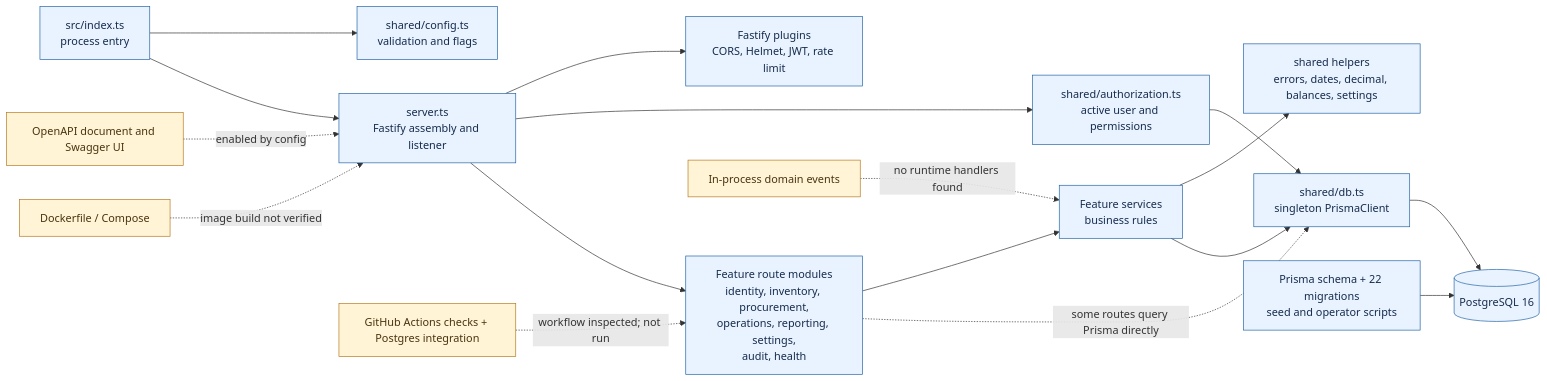
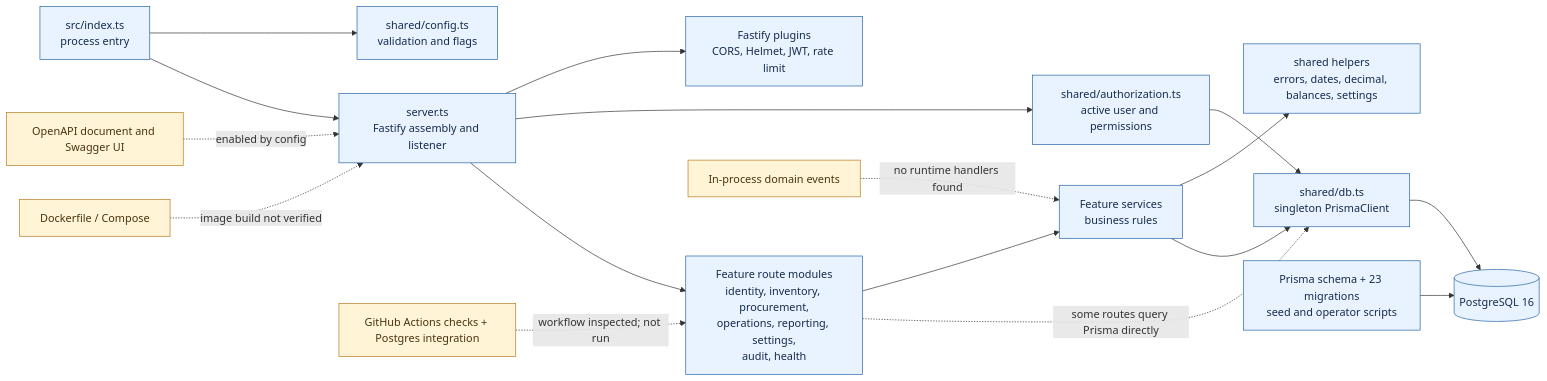
One commit to ntokozo-maselala/afrinov-inventory-operations changed the diagram in docs/backend/architecture/diagrams/backend-components.mmd. Above: the diagram before and after it, drawn with Mermaid. The commit also changed 36 other files, not shown here.

```diff
--- a/docs/backend/architecture/diagrams/backend-components.mmd
+++ b/docs/backend/architecture/diagrams/backend-components.mmd
@@ -1,22 +1,22 @@
 flowchart LR
   IDX["src/index.ts<br/>process entry"] --> CFG["shared/config.ts<br/>validation and flags"]
   IDX --> SRV["server.ts<br/>Fastify assembly and listener"]
   SRV --> PLUG["Fastify plugins<br/>CORS, Helmet, JWT, rate limit"]
   SRV --> AUTH["shared/authorization.ts<br/>active user and permissions"]
   SRV --> RT["Feature route modules<br/>identity, inventory, procurement,<br/>operations, reporting, settings,<br/>audit, health"]
   RT --> SVC["Feature services<br/>business rules"]
   RT -. "some routes query Prisma directly" .-> DB["shared/db.ts<br/>singleton PrismaClient"]
   SVC --> SH["shared helpers<br/>errors, dates, decimal, balances, settings"]
   SVC --> DB
   AUTH --> DB
   DB --> PG[("PostgreSQL 16")]
-  MIG["Prisma schema + 22 migrations<br/>seed and operator scripts"] --> PG
+  MIG["Prisma schema + 23 migrations<br/>seed and operator scripts"] --> PG
   DOC["OpenAPI document and Swagger UI"] -. "enabled by config" .-> SRV
   EV["In-process domain events"] -. "no runtime handlers found" .-> SVC
   CI["GitHub Actions checks + Postgres integration"] -. "workflow inspected; not run" .-> RT
   DOCKER["Dockerfile / Compose"] -. "image build not verified" .-> SRV
 
   classDef confirmed fill:#e8f3ff,stroke:#2463a6,color:#172b4d;
   classDef conditional fill:#fff4d6,stroke:#b7791f,color:#4a3410;
   class IDX,CFG,SRV,PLUG,AUTH,RT,SVC,SH,DB,PG,MIG confirmed;
   class DOC,EV,CI,DOCKER conditional;
```
